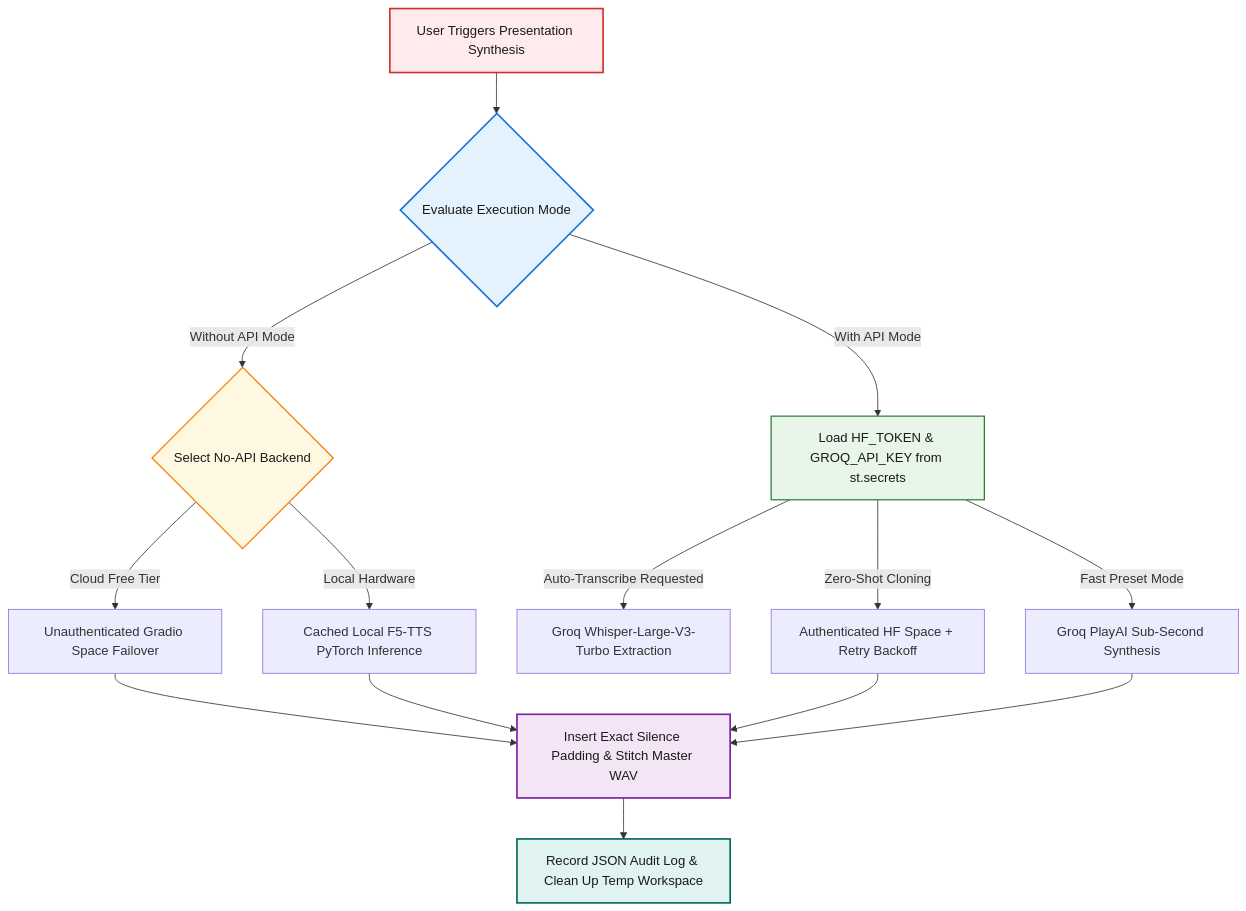
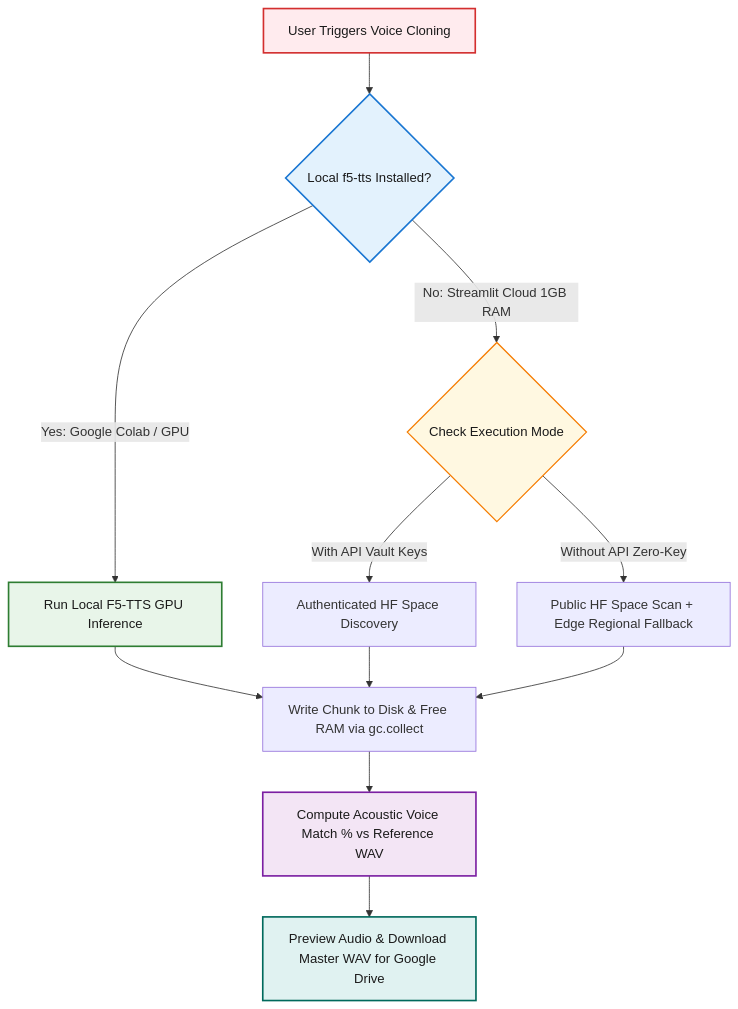
Before and after one commit to SRINIVASTA/voice_clone_presentation: the second of 2 diagrams in README.md, drawn with Mermaid. The commit also changed other lines of this file, not shown here.

````diff
--- a/README.md
+++ b/README.md
@@ -77,29 +79,25 @@
 ```mermaid
 flowchart TD
-    Start[User Triggers Presentation Synthesis] --> Mode_Eval{Evaluate Execution Mode}
+    Start[User Triggers Voice Cloning] --> Env_Check{Local f5-tts Installed?}
     
-    Mode_Eval -->|Without API Mode| No_API_Branch{Select No-API Backend}
-    Mode_Eval -->|With API Mode| API_Branch[Load HF_TOKEN & GROQ_API_KEY from st.secrets]
+    Env_Check -->|Yes: Google Colab / GPU| Local_F5[Run Local F5-TTS GPU Inference]
+    Env_Check -->|No: Streamlit Cloud 1GB RAM| Mode_Check{Check Execution Mode}
     
-    No_API_Branch -->|Cloud Free Tier| Public_Space[Unauthenticated Gradio Space Failover]
-    No_API_Branch -->|Local Hardware| Local_Engine[Cached Local F5-TTS PyTorch Inference]
+    Mode_Check -->|With API Vault Keys| Auth_HF[Authenticated HF Space Discovery]
+    Mode_Check -->|Without API Zero-Key| Public_HF[Public HF Space Scan + Edge Regional Fallback]
     
-    API_Branch -->|Auto-Transcribe Requested| Groq_Whisper[Groq Whisper-Large-V3-Turbo Extraction]
-    API_Branch -->|Zero-Shot Cloning| Auth_Space[Authenticated HF Space + Retry Backoff]
-    API_Branch -->|Fast Preset Mode| Groq_TTS[Groq PlayAI Sub-Second Synthesis]
+    Local_F5 --> Disk_Stitch[Write Chunk to Disk & Free RAM via gc.collect]
+    Auth_HF --> Disk_Stitch
+    Public_HF --> Disk_Stitch
     
-    Public_Space --> Stitch[Insert Exact Silence Padding & Stitch Master WAV]
-    Local_Engine --> Stitch
-    Auth_Space --> Stitch
-    Groq_TTS --> Stitch
-    
-    Stitch --> Audit[Record JSON Audit Log & Clean Up Temp Workspace]
+    Disk_Stitch --> Verify[Compute Acoustic Voice Match % vs Reference WAV]
+    Verify --> Export[Preview Audio & Download Master WAV for Google Drive]
 
     %% Clean Light-Friendly Node Styling
     style Start fill:#ffebee,stroke:#d32f2f,stroke-width:2px,color:#1a1a1a
-    style Mode_Eval fill:#e3f2fd,stroke:#1976d2,stroke-width:2px,color:#1a1a1a
-    style No_API_Branch fill:#fff8e1,stroke:#f57c00,stroke-width:1.5px,color:#1a1a1a
-    style API_Branch fill:#e8f5e9,stroke:#2e7d32,stroke-width:1.5px,color:#1a1a1a
-    style Stitch fill:#f3e5f5,stroke:#7b1fa2,stroke-width:2px,color:#1a1a1a
-    style Audit fill:#e0f2f1,stroke:#00695c,stroke-width:2px,color:#1a1a1a
+    style Env_Check fill:#e3f2fd,stroke:#1976d2,stroke-width:2px,color:#1a1a1a
+    style Local_F5 fill:#e8f5e9,stroke:#2e7d32,stroke-width:2px,color:#1a1a1a
+    style Mode_Check fill:#fff8e1,stroke:#f57c00,stroke-width:1.5px,color:#1a1a1a
+    style Verify fill:#f3e5f5,stroke:#7b1fa2,stroke-width:2px,color:#1a1a1a
+    style Export fill:#e0f2f1,stroke:#00695c,stroke-width:2px,color:#1a1a1a
 ```
````
